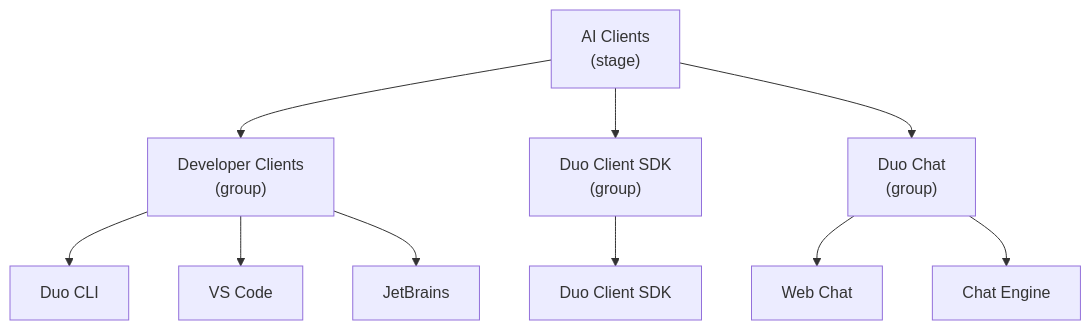
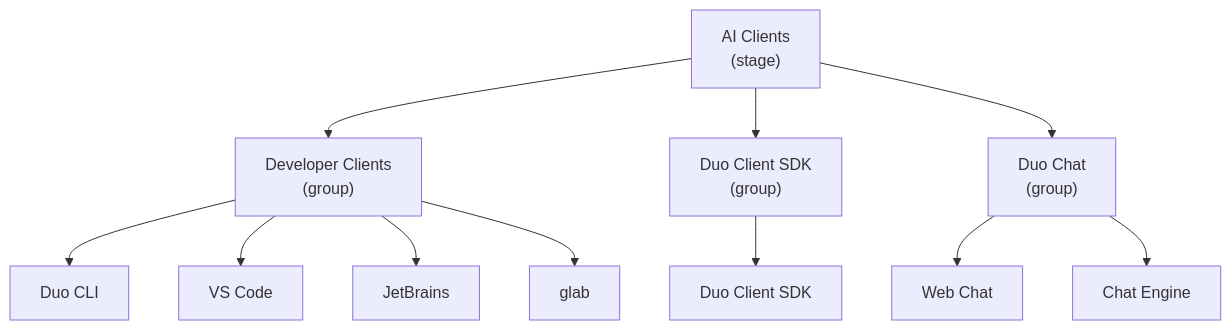
The diagram in content/handbook/engineering/ai/ai-clients/_index.md (kyama0/gitlab-handbook-ja), drawn with Mermaid before and after one commit. The commit also changed other lines of this file and 10 other files, not shown here.

````diff
--- a/content/handbook/engineering/ai/ai-clients/_index.md
+++ b/content/handbook/engineering/ai/ai-clients/_index.md
@@ -22,12 +22,13 @@
 ```mermaid
 graph TD
     S["AI Clients<br>(stage)"] --> DC["Developer Clients<br>(group)"]
     S --> SDK["Duo Client SDK<br>(group)"]
     S --> CHAT["Duo Chat<br>(group)"]
     DC --> CLI[Duo CLI]
     DC --> VSC[VS Code]
     DC --> JB[JetBrains]
+    DC --> GLAB[glab]
     SDK --> SDKT[Duo Client SDK]
     CHAT --> WC[Web Chat]
     CHAT --> CE[Chat Engine]
 ```
````
